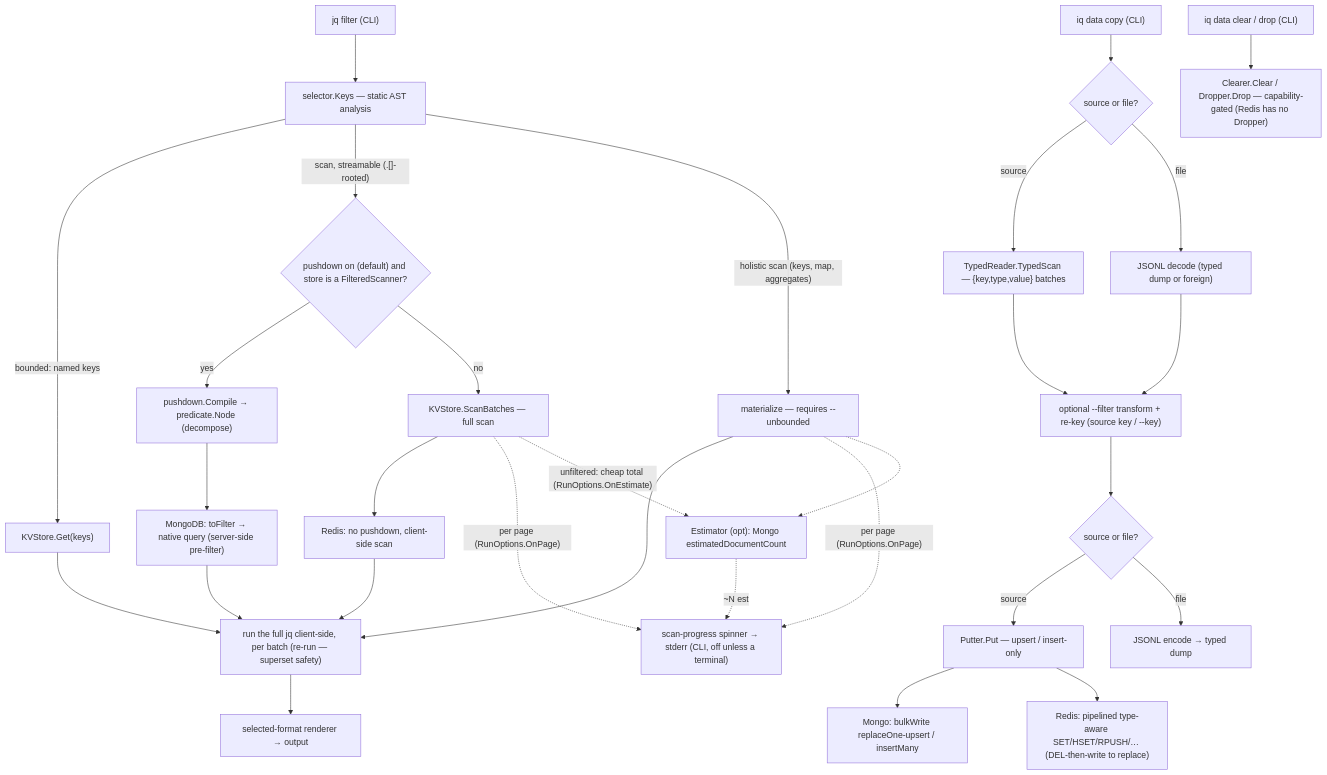
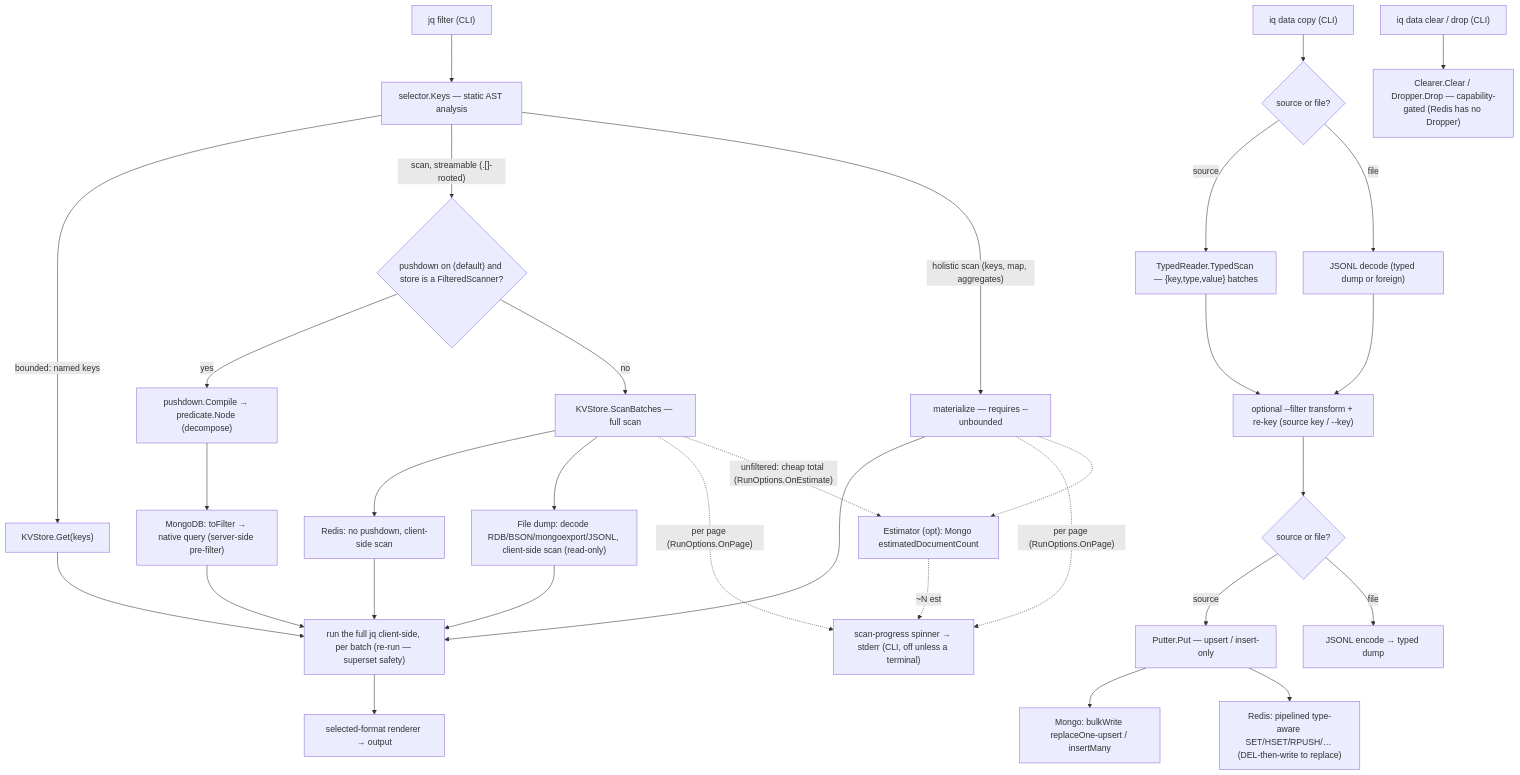
One commit to zsltg/iq changed the diagram in README.md. Above: the diagram before and after it, drawn with Mermaid. The commit also changed other lines of this file and 17 other files, not shown here.

````diff
--- a/README.md
+++ b/README.md
@@ -670,37 +708,39 @@
 ```mermaid
 graph TD
   F["jq filter (CLI)"] --> SEL["selector.Keys — static AST analysis"]
   SEL -->|"bounded: named keys"| GET["KVStore.Get(keys)"]
   SEL -->|"scan, streamable (.[]-rooted)"| CMP{"pushdown on (default) and store is a FilteredScanner?"}
   SEL -->|"holistic scan (keys, map, aggregates)"| MAT["materialize — requires --unbounded"]
 
   CMP -->|yes| PD["pushdown.Compile → predicate.Node (decompose)"]
   CMP -->|no| RS["KVStore.ScanBatches — full scan"]
 
   PD --> MG["MongoDB: toFilter → native query (server-side pre-filter)"]
   RS --> RD["Redis: no pushdown, client-side scan"]
+  RS --> FL["File dump: decode RDB/BSON/mongoexport/JSONL, client-side scan (read-only)"]
 
   GET --> JQ["run the full jq client-side, per batch (re-run — superset safety)"]
   MAT --> JQ
   MG --> JQ
   RD --> JQ
+  FL --> JQ
   JQ --> OUT["selected-format renderer → output"]
 
   RS -.->|"per page (RunOptions.OnPage)"| PROG["scan-progress spinner → stderr (CLI, off unless a terminal)"]
   MAT -.->|"per page (RunOptions.OnPage)"| PROG
   RS -.->|"unfiltered: cheap total (RunOptions.OnEstimate)"| EST["Estimator (opt): Mongo estimatedDocumentCount"]
   MAT -.-> EST
   EST -.->|"~N est"| PROG
 
   CP["iq data copy (CLI)"] --> SRC{"source or file?"}
   SRC -->|source| TS["TypedReader.TypedScan — {key,type,value} batches"]
   SRC -->|file| DEC["JSONL decode (typed dump or foreign)"]
   TS --> TX["optional --filter transform + re-key (source key / --key)"]
   DEC --> TX
   TX --> DST{"source or file?"}
   DST -->|source| PUT["Putter.Put — upsert / insert-only"]
   DST -->|file| ENC["JSONL encode → typed dump"]
   PUT --> MW["Mongo: bulkWrite replaceOne-upsert / insertMany"]
   PUT --> RW["Redis: pipelined type-aware SET/HSET/RPUSH/… (DEL-then-write to replace)"]
   LF["iq data clear / drop (CLI)"] --> CAP["Clearer.Clear / Dropper.Drop — capability-gated (Redis has no Dropper)"]
 ```
````
